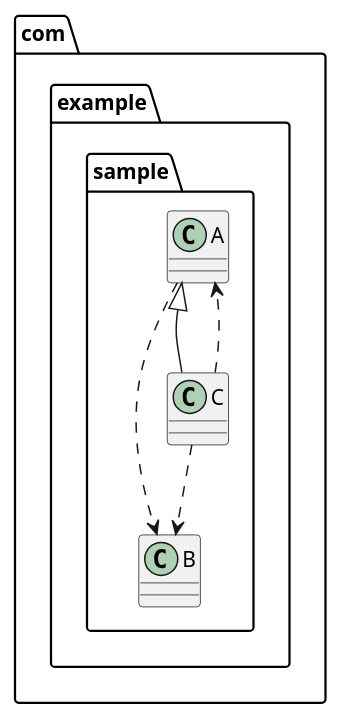
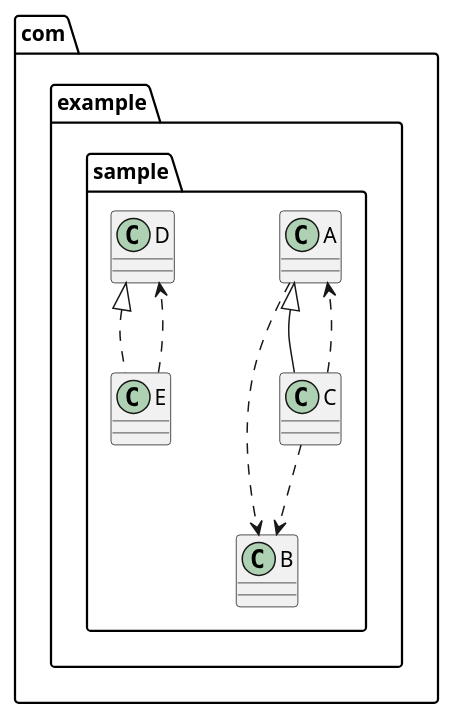
Before and after one commit to euledge/code-atlas: the diagram in sample-project/docs/diagrams/class-diagram.puml, drawn with PlantUML. The commit also changed 2 other files, not shown here.

Commit message:
add interface-implements sample

```diff
--- a/sample-project/docs/diagrams/class-diagram.puml
+++ b/sample-project/docs/diagrams/class-diagram.puml
@@ -1,12 +1,18 @@
 @startuml
 class com.example.sample.B {
 }
 class com.example.sample.A {
 }
 com.example.sample.A ..> com.example.sample.B
+class com.example.sample.D {
+}
 class com.example.sample.C {
 }
 com.example.sample.A <|-- com.example.sample.C
 com.example.sample.C ..> com.example.sample.B
 com.example.sample.C ..> com.example.sample.A
+class com.example.sample.E {
+}
+com.example.sample.D <|.. com.example.sample.E
+com.example.sample.E ..> com.example.sample.D
 @enduml
```
